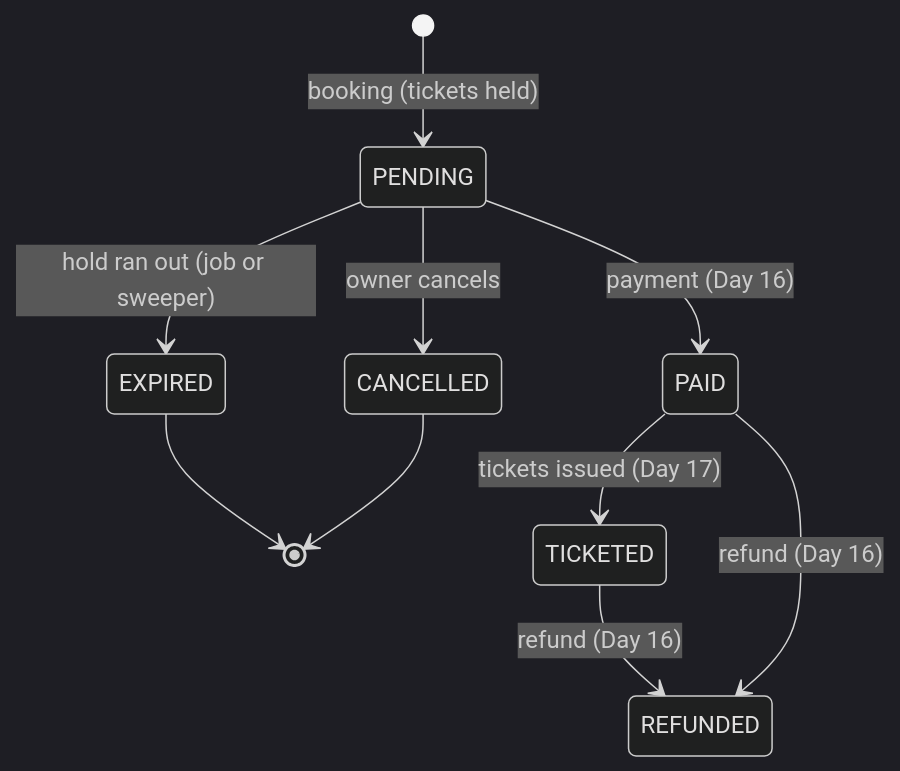
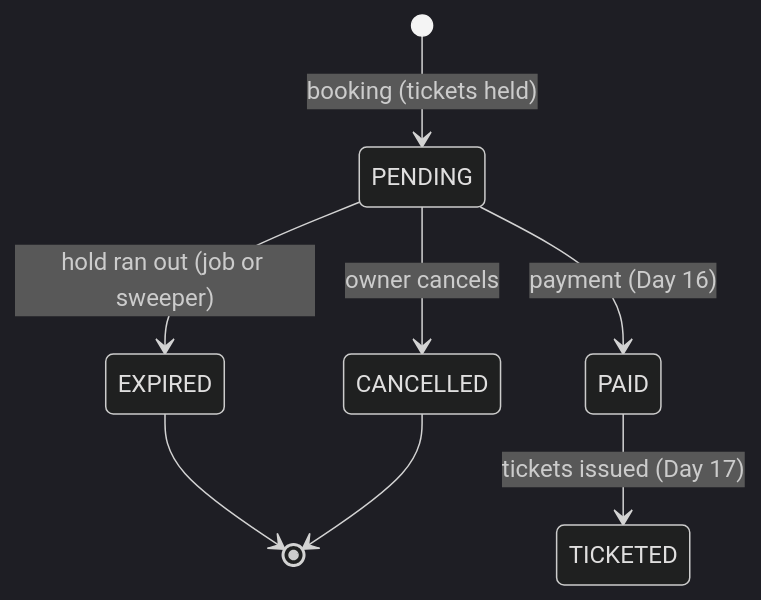
The third of 5 diagrams in README.md (TR1CK5T4R/festpass), drawn with Mermaid (dark theme) before and after one commit. The commit also changed other lines of this file and 1 other file, not shown here.

````diff
--- a/README.md
+++ b/README.md
@@ -302,12 +302,10 @@
 ```mermaid
 stateDiagram-v2
   [*] --> PENDING: booking (tickets held)
   PENDING --> EXPIRED: hold ran out (job or sweeper)
   PENDING --> CANCELLED: owner cancels
   PENDING --> PAID: payment (Day 16)
   PAID --> TICKETED: tickets issued (Day 17)
-  PAID --> REFUNDED: refund (Day 16)
-  TICKETED --> REFUNDED: refund (Day 16)
   EXPIRED --> [*]
   CANCELLED --> [*]
 ```
````
